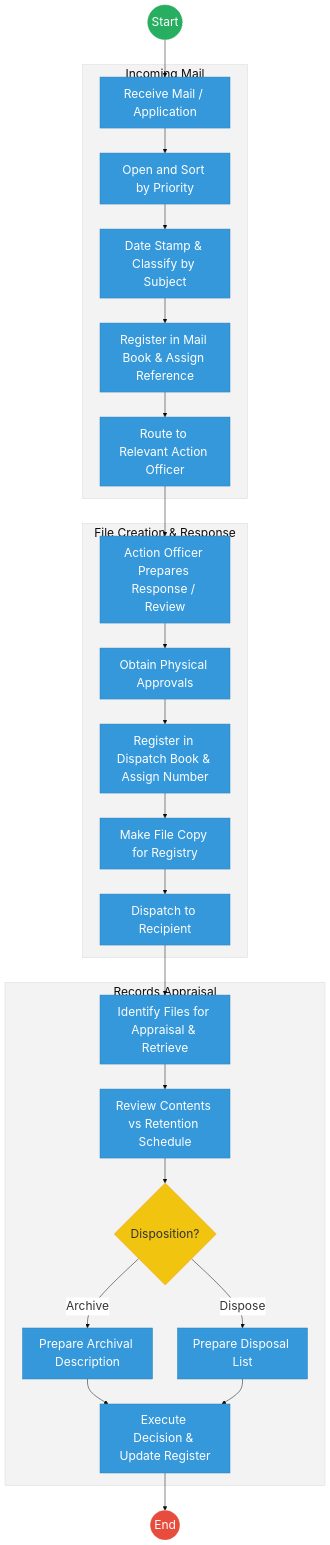
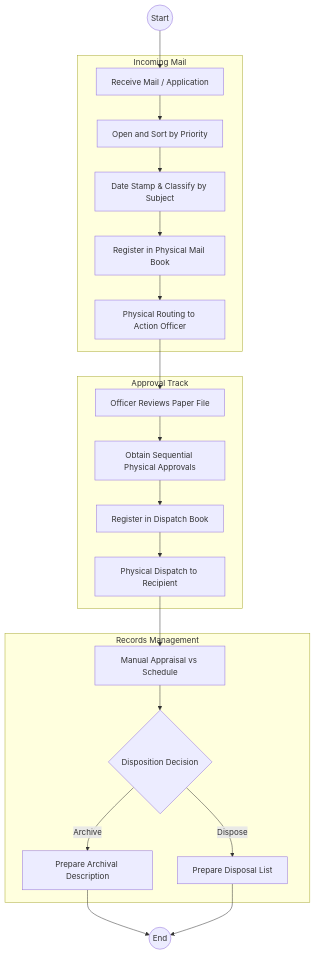
One commit to BITZ-IT-Consulting-LTD/ictapoc changed the first of 2 diagrams in mdas/docs_final/priority_mdas/Energy___Service_Delivery.md. Above: the diagram before and after it, drawn with Mermaid. The commit also changed other lines of this file and 19 other files, not shown here.

````diff
--- a/mdas/docs_final/priority_mdas/Energy___Service_Delivery.md
+++ b/mdas/docs_final/priority_mdas/Energy___Service_Delivery.md
@@ -40,43 +51,28 @@
 ```mermaid
-%%{init: { 'theme': 'base', 'themeVariables': { 'fontSize': '24px', 'fontFamily': 'Inter, system-ui, sans-serif', 'primaryColor': '#ffffff', 'edgeLabelBackground':'#ffffff', 'tertiaryColor': '#f3f3f3', 'mainBkg': '#ffffff', 'nodeBorder': '#333333' } } }%%
-graph TD
+flowchart TD
     Start((Start)) --> Receive["Receive Mail / Application"]
     
     subgraph Registry_Operations["Incoming Mail"]
         Receive --> Sort["Open and Sort by Priority"]
         Sort --> Stamp["Date Stamp & Classify by Subject"]
-        Stamp --> Register["Register in Mail Book & Assign Reference"]
-        Register --> Route["Route to Relevant Action Officer"]
+        Stamp --> Register["Register in Physical Mail Book"]
+        Register --> Route["Physical Routing to Action Officer"]
     end
     
-    subgraph Action["File Creation & Response"]
-        Route --> Prepare["Action Officer Prepares Response / Review"]
-        Prepare --> Approvals["Obtain Physical Approvals"]
-        Approvals --> DispatchBook["Register in Dispatch Book & Assign Number"]
-        DispatchBook --> MakeCopy["Make File Copy for Registry"]
-        MakeCopy --> Dispatch["Dispatch to Recipient"]
+    subgraph Action["Approval Track"]
+        Route --> Prepare["Officer Reviews Paper File"]
+        Prepare --> Approvals["Obtain Sequential Physical Approvals"]
+        Approvals --> DispatchBook["Register in Dispatch Book"]
+        DispatchBook --> Dispatch["Physical Dispatch to Recipient"]
     end
     
-    subgraph Archival["Records Appraisal"]
-        Dispatch --> Appraisal["Identify Files for Appraisal & Retrieve"]
-        Appraisal --> Review["Review Contents vs Retention Schedule"]
-        Review --> Disp{"Disposition?"}
-        
+    subgraph Archival["Records Management"]
+        Dispatch --> Appraisal["Manual Appraisal vs Schedule"]
+        Appraisal --> Disp{"Disposition Decision"}
         Disp -- "Archive" --> ArchDesc["Prepare Archival Description"]
         Disp -- "Dispose" --> DispList["Prepare Disposal List"]
-        
-        ArchDesc --> Execute["Execute Decision & Update Register"]
-        DispList --> Execute
     end
     
-    Execute --> End((End))
-
-    classDef start fill:#27ae60,stroke:#27ae60,color:#fff,font-size:24px,font-size:24px;;
-    classDef endNode fill:#e74c3c,stroke:#e74c3c,color:#fff,font-size:24px,font-size:24px;;
-    classDef userTask fill:#3498db,stroke:#2980b9,color:#fff,font-size:24px,font-size:24px;;
-    classDef gateway fill:#f1c40f,stroke:#f39c12,color:#333,font-size:24px,font-size:24px;;
-    class Start start;
-    class End endNode;
-    class Disp gateway;
-    class Receive,Sort,Stamp,Register,Route,Prepare,Approvals,DispatchBook,MakeCopy,Dispatch,Appraisal,Review,ArchDesc,DispList,Execute userTask;
+    ArchDesc --> End((End))
+    DispList --> End
 ```
````
